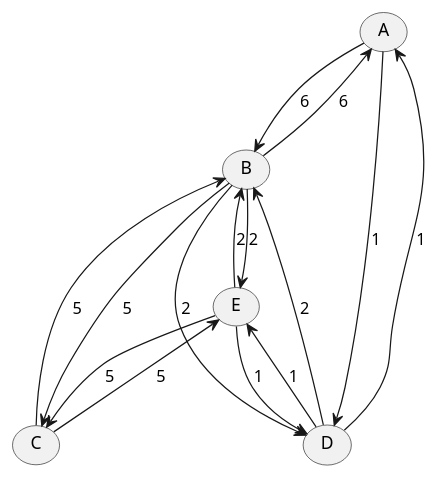
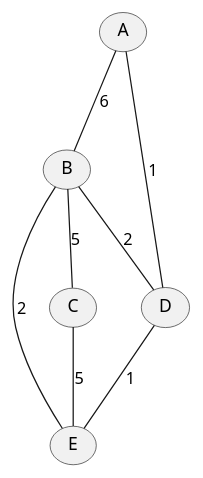
One commit to John-Zoscak-02/Dijkstras changed the diagram in src/Maps/map0.puml. Above: the diagram before and after it, drawn with PlantUML. The commit also changed 5 other files, not shown here.

```diff
--- a/src/Maps/map0.puml
+++ b/src/Maps/map0.puml
@@ -1,26 +1,14 @@
 @startuml
 	(A)
 	(B)
 	(C)
 	(D)
 	(E)
-	A --> B : 6
-	A --> D : 1
-
-	B --> A : 6
-	B --> D : 2
-	B --> E : 2
-	B --> C : 5
-
-	C --> B : 5
-	C --> E : 5
-
-	D --> A : 1
-	D --> B : 2
-	D --> E : 1
-
-	E --> D : 1
-	E --> B : 2
-	E --> C : 5
-
+	A -- D : 1
+	D -- E : 1
+	B -- D : 2
+	B -- E : 2
+	B -- C : 5
+	C -- E : 5
+	A -- B : 6
 @enduml
```
